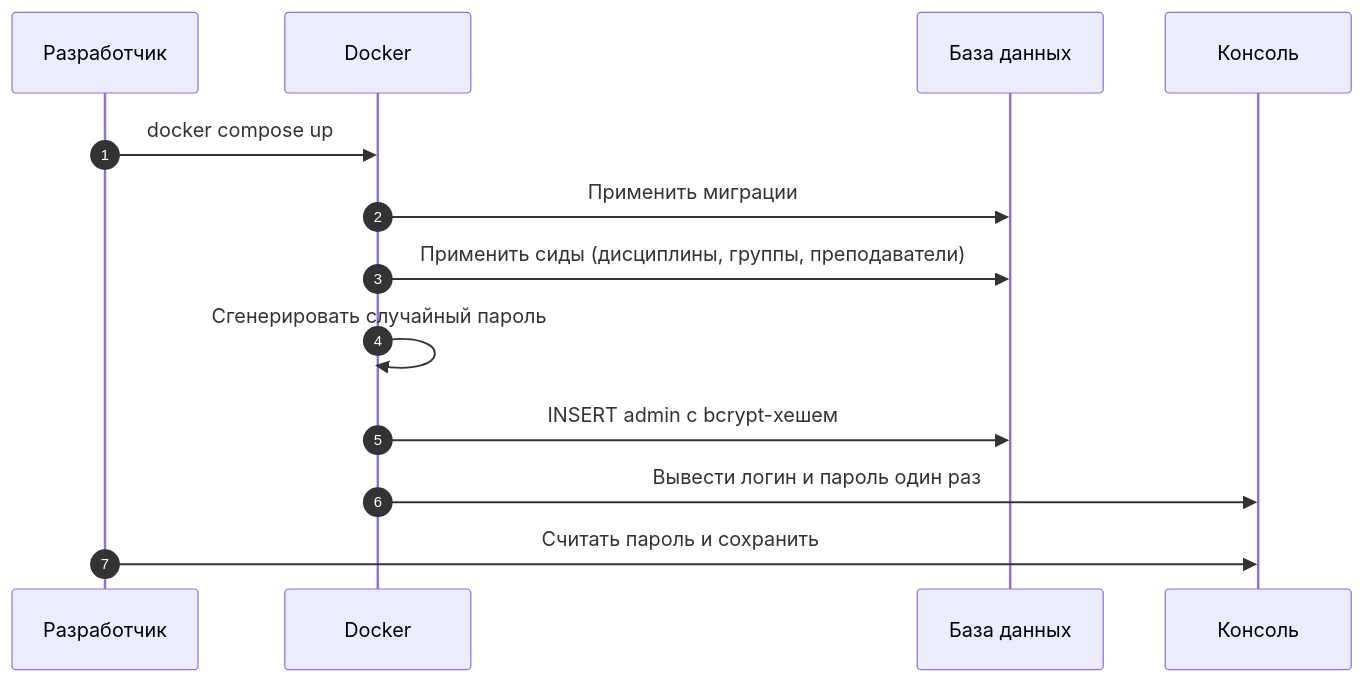
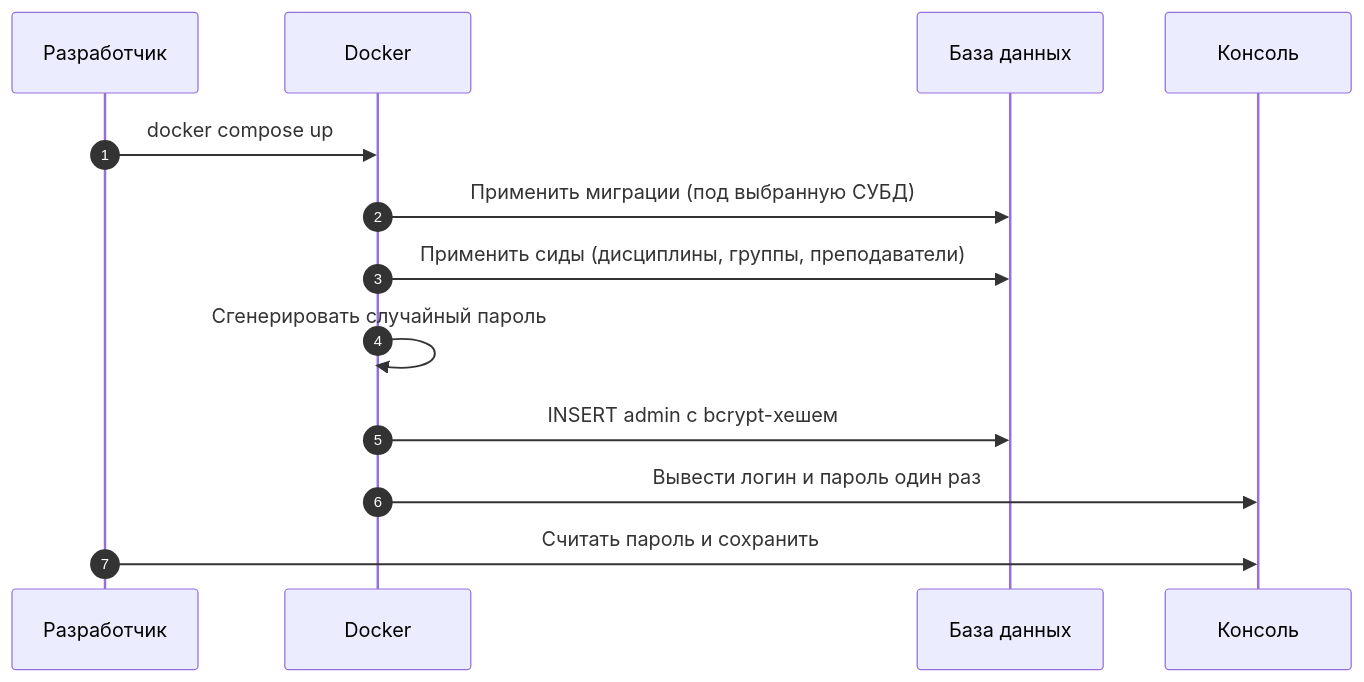
The seventh of 13 diagrams in concept.md (SP4CEVI/iasu-2.0), drawn with Mermaid before and after one commit. The commit also changed other lines of this file, not shown here.

Commit message:
Добавлена инфо про хостинг и варианты СУБД

````diff
--- a/concept.md
+++ b/concept.md
@@ -961,16 +1042,16 @@
 ```mermaid
 sequenceDiagram
     autonumber
     participant Dev as Разработчик
     participant Docker as Docker
     participant DB as База данных
     participant Log as Консоль
 
     Dev->>Docker: docker compose up
-    Docker->>DB: Применить миграции
+    Docker->>DB: Применить миграции (под выбранную СУБД)
     Docker->>DB: Применить сиды (дисциплины, группы, преподаватели)
     Docker->>Docker: Сгенерировать случайный пароль
     Docker->>DB: INSERT admin с bcrypt-хешем
     Docker->>Log: Вывести логин и пароль один раз
     Dev->>Log: Считать пароль и сохранить
 ```
````
